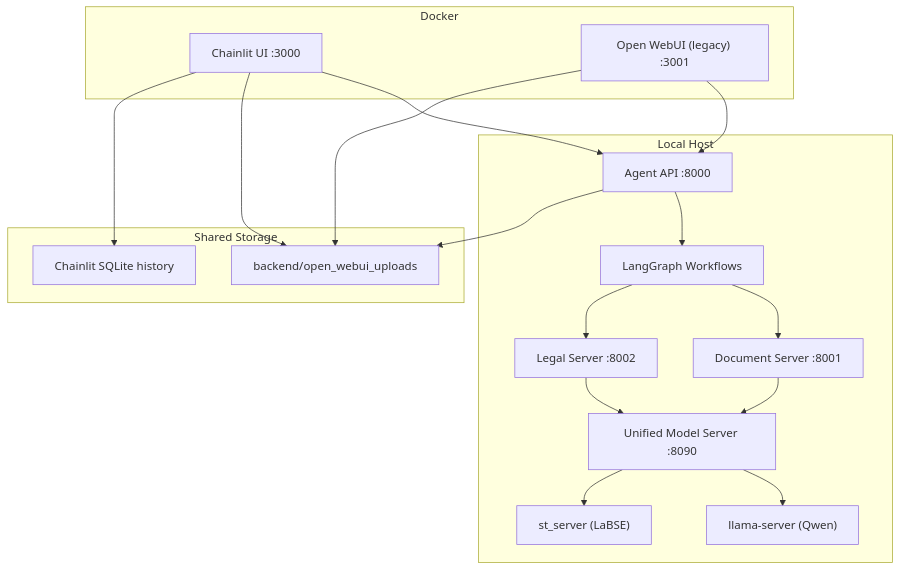
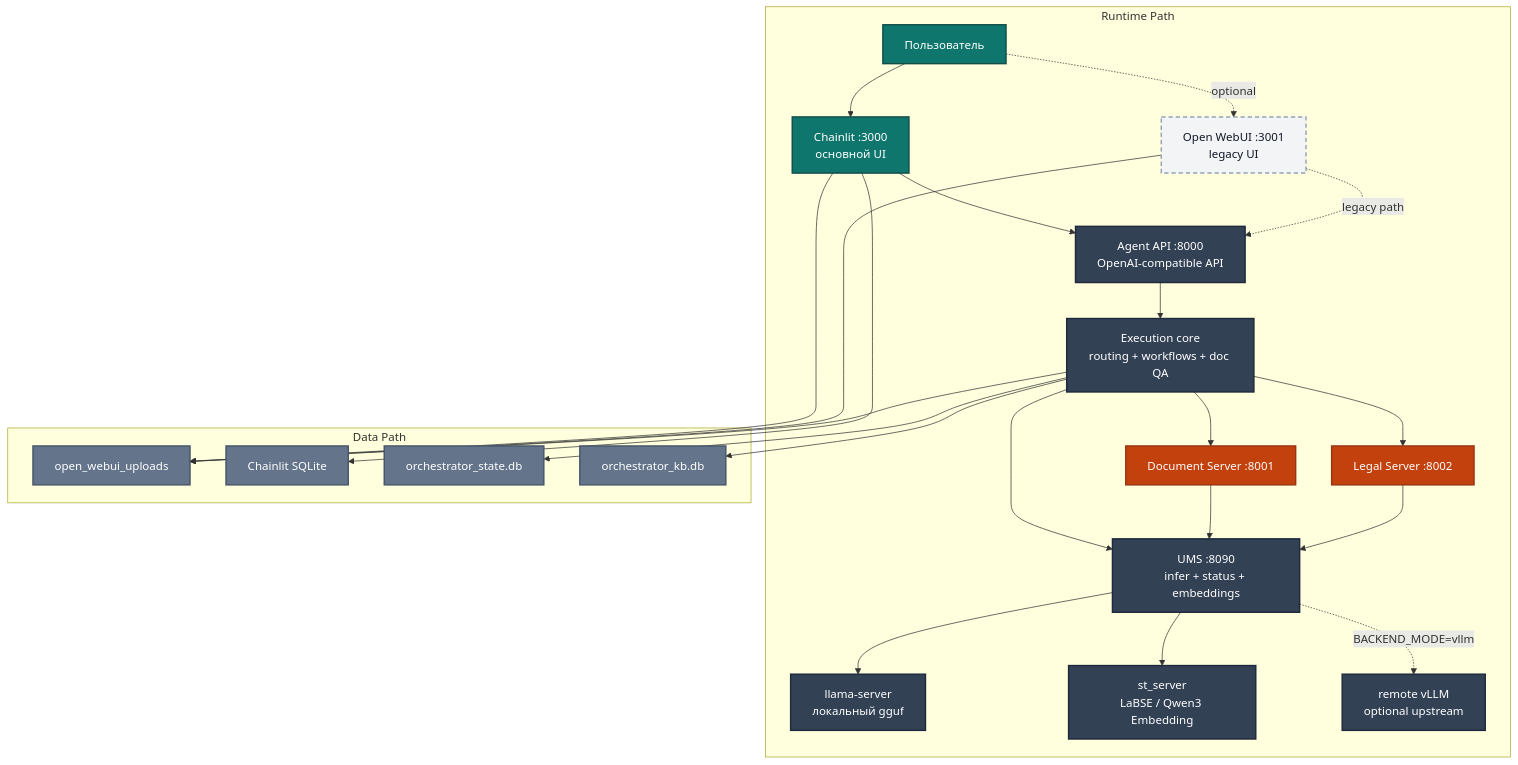
Before and after one commit to senorfrancesco/agent-navigator-pro: the diagram in README.md, drawn with Mermaid. The commit also changed other lines of this file and 3 other files, not shown here.

Commit message:
docs(config): document canonical model registry

````diff
--- a/README.md
+++ b/README.md
@@ -14,36 +14,56 @@
 ```mermaid
 graph TD
-    subgraph Docker ["Docker"]
-        CL["Chainlit UI :3000"]
-        OW["Open WebUI (legacy) :3001"]
+    classDef ui fill:#0f766e,color:#ffffff,stroke:#134e4a,stroke-width:2px;
+    classDef runtime fill:#334155,color:#ffffff,stroke:#1e293b,stroke-width:2px;
+    classDef service fill:#c2410c,color:#ffffff,stroke:#9a3412,stroke-width:2px;
+    classDef data fill:#64748b,color:#ffffff,stroke:#475569,stroke-width:2px;
+    classDef legacy fill:#f3f4f6,color:#111827,stroke:#94a3b8,stroke-width:2px,stroke-dasharray: 6 4;
+
+    subgraph RUNTIME ["Runtime Path"]
+        USER["Пользователь"]
+        CL["Chainlit :3000<br/>основной UI"]
+        OW["Open WebUI :3001<br/>legacy UI"]
+        AG["Agent API :8000<br/>OpenAI-compatible API"]
+        CORE["Execution core<br/>routing + workflows + doc QA"]
+        DS["Document Server :8001"]
+        LS["Legal Server :8002"]
+        UMS["UMS :8090<br/>infer + status + embeddings"]
+        LLM["llama-server<br/>локальный gguf"]
+        EMB["st_server<br/>LaBSE / Qwen3 Embedding"]
+        VLLM["remote vLLM<br/>optional upstream"]
+
+        USER --> CL
+        USER -. optional .-> OW
+        CL --> AG
+        OW -. legacy path .-> AG
+        AG --> CORE
+        CORE --> DS
+        CORE --> LS
+        CORE --> UMS
+        DS --> UMS
+        LS --> UMS
+        UMS --> LLM
+        UMS --> EMB
+        UMS -. BACKEND_MODE=vllm .-> VLLM
     end
 
-    subgraph Host ["Local Host"]
-        AG["Agent API :8000"]
-        ORCH["LangGraph Workflows"]
-        DS["Document Server :8001"]
-        LS["Legal Server :8002"]
-        UMS["Unified Model Server :8090"]
-        LLM["llama-server (Qwen)"]
-        ST["st_server (LaBSE)"]
+    subgraph DATA ["Data Path"]
+        UP["open_webui_uploads"]
+        CHDB["Chainlit SQLite"]
+        STDB["orchestrator_state.db"]
+        KB["orchestrator_kb.db"]
+
+        CL --> CHDB
+        CL --> UP
+        OW --> UP
+        CORE --> UP
+        CORE --> STDB
+        CORE --> KB
     end
 
-    subgraph Storage ["Shared Storage"]
-        UP["backend/open_webui_uploads"]
-        DB["Chainlit SQLite history"]
-    end
-
-    CL --> AG
-    OW --> AG
-    AG --> ORCH
-    ORCH --> DS
-    ORCH --> LS
-    DS --> UMS
-    LS --> UMS
-    UMS --> LLM
-    UMS --> ST
-    CL --> UP
-    OW --> UP
-    AG --> UP
-    CL --> DB
+    class CL,USER ui;
+    class AG,CORE,UMS,LLM,EMB,VLLM runtime;
+    class DS,LS service;
+    class UP,CHDB,STDB,KB data;
+    class OW legacy;
 ```
````
